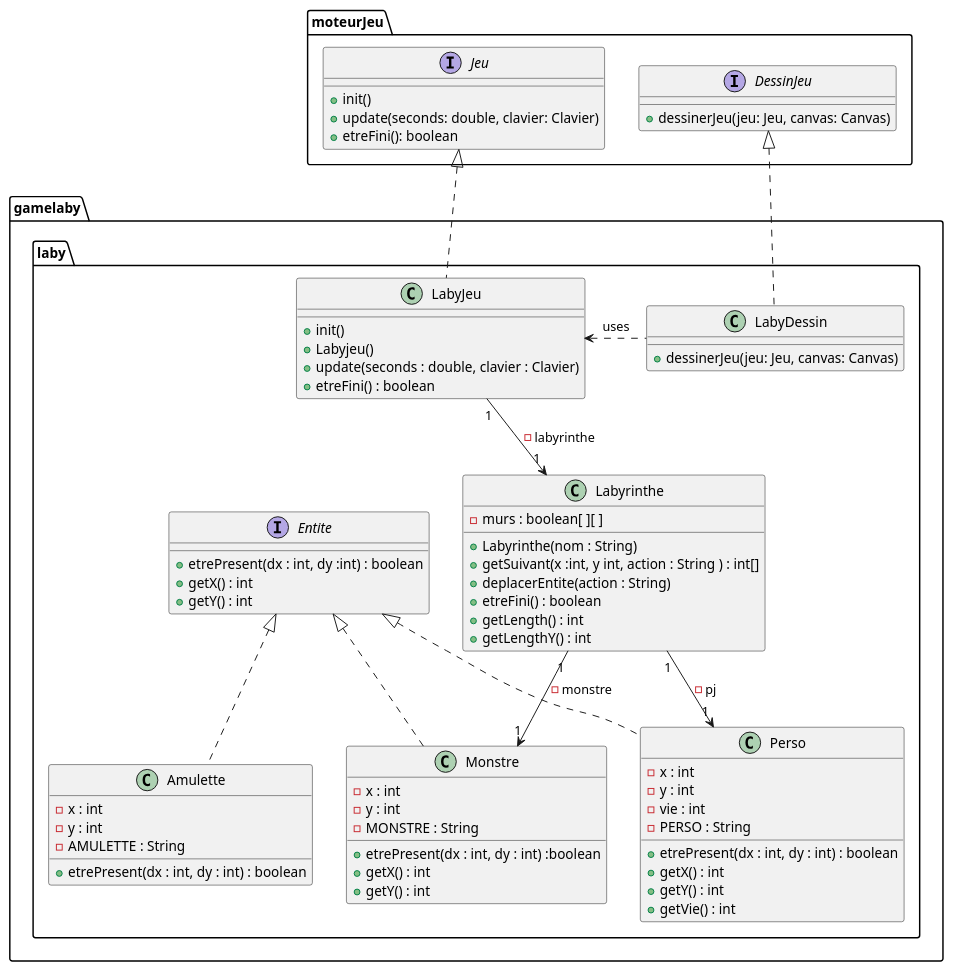
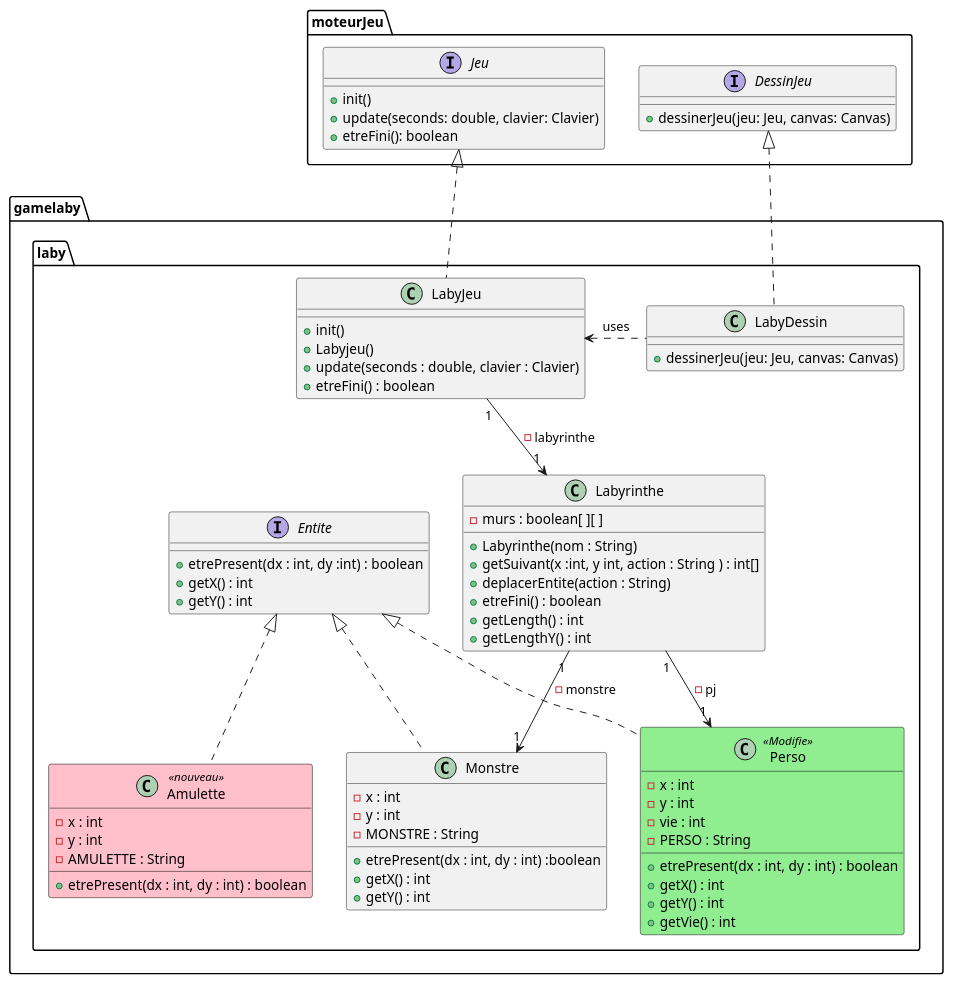
One commit to Jean-BaptisteEvan/2022_Zeldiablo_jeandidi3u_hary16u_jeanbap14u_dirand13u changed the diagram in zeldiablo/documents/version_3/DiagrammeClasseDeuxiemeIteration.puml. Above: the diagram before and after it, drawn with PlantUML. The commit also changed 2 other files, not shown here.

Commit message:
diagramme classe couleur

```diff
--- a/zeldiablo/documents/version_3/DiagrammeClasseDeuxiemeIteration.puml
+++ b/zeldiablo/documents/version_3/DiagrammeClasseDeuxiemeIteration.puml
@@ -2,84 +2,90 @@
 @startuml
+skinparam class{
+    backgroundColor<<Nouveau>> Pink
+    borderColor<<Nouveau>>  Black
+    backgroundColor<<Modifie>> LightGreen
+    borderColor<<Modifie>>  Black
+}
 package moteurJeu{
 interface Jeu{
 + init()
 + update(seconds: double, clavier: Clavier)
 + etreFini(): boolean
 }
 
 
 interface DessinJeu {
 + dessinerJeu(jeu: Jeu, canvas: Canvas)
 }
 }
 package gamelaby.laby{
     class LabyDessin{
         + dessinerJeu(jeu: Jeu, canvas: Canvas)
     }
 
 DessinJeu <|.. LabyDessin
     class LabyJeu{
         +init()
         +Labyjeu()
         +update(seconds : double, clavier : Clavier)
         +etreFini() : boolean
         }
 
 Jeu <|.. LabyJeu
 
     class Labyrinthe{
         -murs : boolean[ ][ ]
         +Labyrinthe(nom : String)
         +getSuivant(x :int, y int, action : String ) : int[]
         +deplacerEntite(action : String)
         +etreFini() : boolean
         +getLength() : int
         +getLengthY() : int
 
     }
 LabyJeu "1" --> "1" Labyrinthe : -labyrinthe
     interface Entite {
         +etrePresent(dx : int, dy :int) : boolean
         + getX() : int
         + getY() : int
 
 
 
     }
-    class Perso{
+    class Perso <<Modifie>>{
     -x : int
     -y : int
     -vie : int
     - PERSO : String
     +etrePresent(dx : int, dy : int) : boolean
     +getX() : int
     +getY() : int
     +getVie() : int
 
     }
     class Monstre{
     -x : int
     -y : int
     -MONSTRE : String
     +etrePresent(dx : int, dy : int) :boolean
     +getX() : int
     +getY() : int
 
     }
-    class Amulette{
+    class Amulette<<nouveau>>{
         -x : int
         -y : int
         -AMULETTE : String
         +etrePresent(dx : int, dy : int) : boolean
     }
 Entite <|.. Amulette
  Entite <|.. Perso
  Entite <|.. Monstre
  Labyrinthe "1" --> "1" Perso : -pj
  Labyrinthe "1" --> "1" Monstre : -monstre
  LabyJeu <. LabyDessin:uses
     }
 
 
 
 @enduml
```
